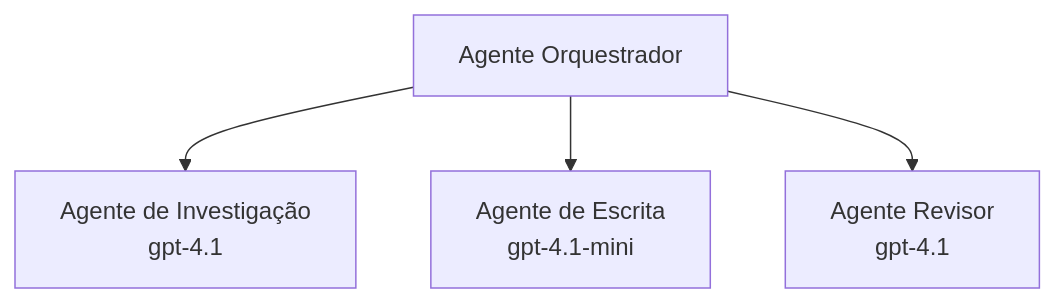
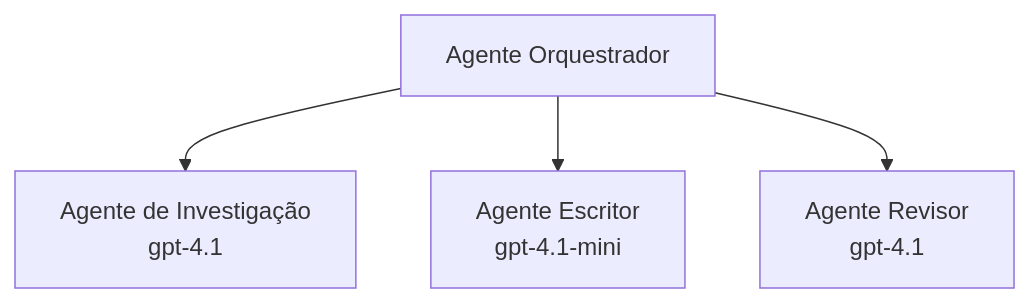
One commit to microsoft/AZD-for-beginners changed the third of 3 diagrams in translations/pt-PT/docs/chapter-02-ai-development/agents.md. Above: the diagram before and after it, drawn with Mermaid. The commit also changed other lines of this file and 104 other files, not shown here.

````diff
--- a/translations/pt-PT/docs/chapter-02-ai-development/agents.md
+++ b/translations/pt-PT/docs/chapter-02-ai-development/agents.md
@@ -194,6 +201,6 @@
 ```mermaid
 graph TD
     Orchestrator[Agente Orquestrador] --> Research[Agente de Investigação<br/>gpt-4.1]
-    Orchestrator --> Writer[Agente de Escrita<br/>gpt-4.1-mini]
+    Orchestrator --> Writer[Agente Escritor<br/>gpt-4.1-mini]
     Orchestrator --> Reviewer[Agente Revisor<br/>gpt-4.1]
 ```
````
